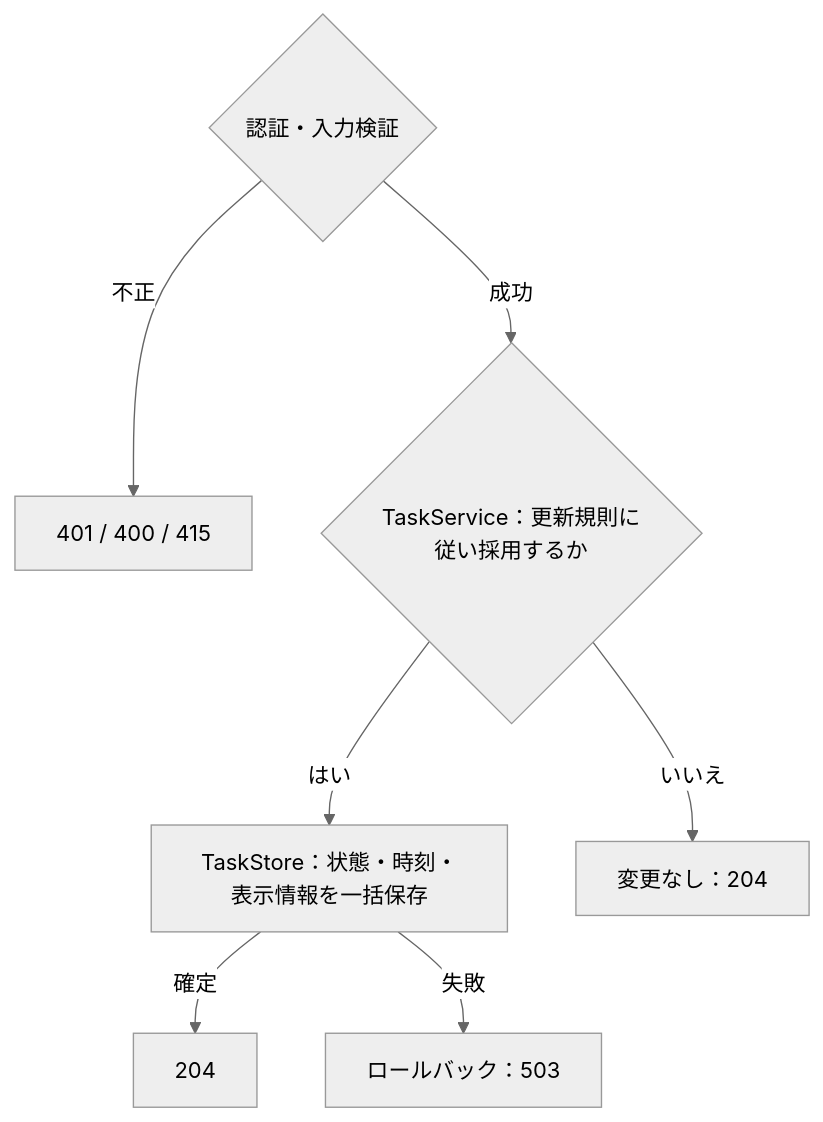
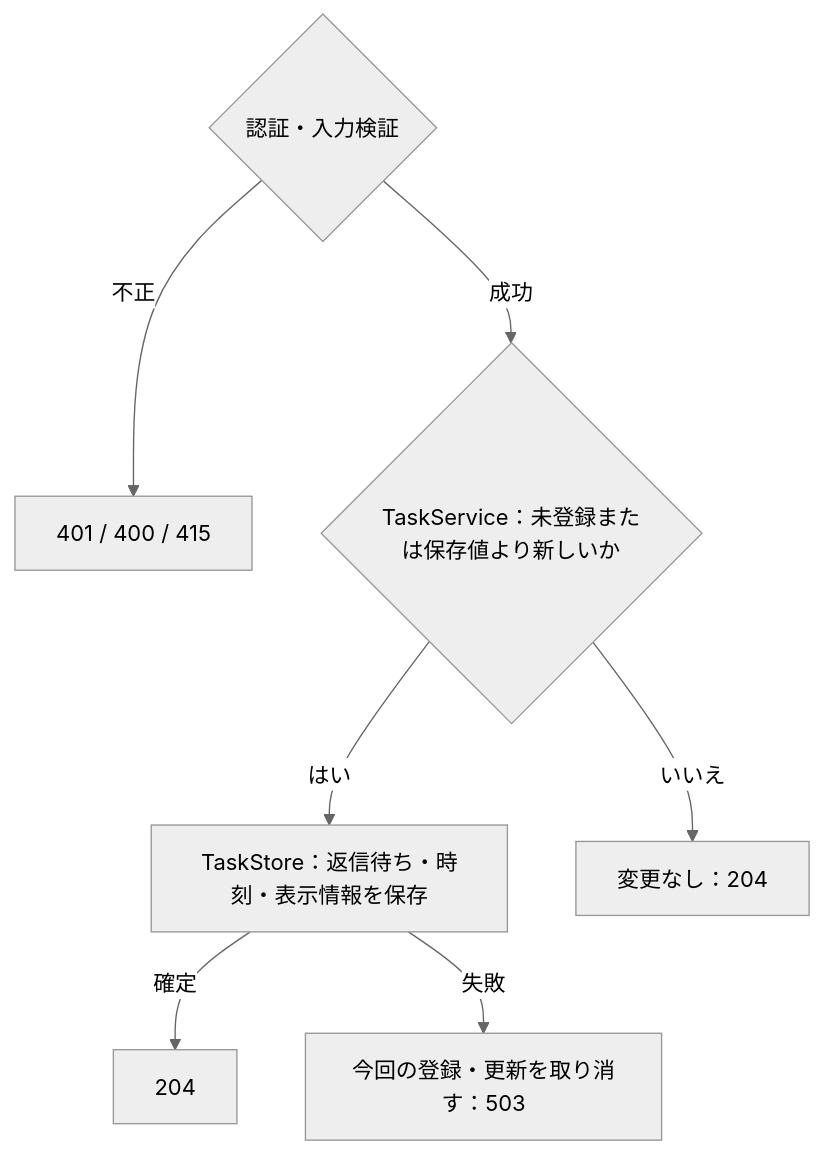
The fourth of 6 diagrams in reply-watch/docs/spec/features/reply-tracking/API.md (nishimura-yuma77/preview), drawn with Mermaid (neutral theme) before and after one commit. The commit also changed other lines of this file and 3 other files, not shown here.

````diff
--- a/reply-watch/docs/spec/features/reply-tracking/API.md
+++ b/reply-watch/docs/spec/features/reply-tracking/API.md
@@ -108,9 +127,9 @@
 ```mermaid
 flowchart TD
     A{認証・入力検証} -->|不正| B[401 / 400 / 415]
-    A -->|成功| C{TaskService：更新規則に従い採用するか}
-    C -->|はい| D[TaskStore：状態・時刻・表示情報を一括保存]
+    A -->|成功| C{TaskService：未登録または保存値より新しいか}
+    C -->|はい| D[TaskStore：返信待ち・時刻・表示情報を保存]
     C -->|いいえ| E[変更なし：204]
     D -->|確定| F[204]
-    D -->|失敗| G[ロールバック：503]
+    D -->|失敗| G[今回の登録・更新を取り消す：503]
 ```
````
